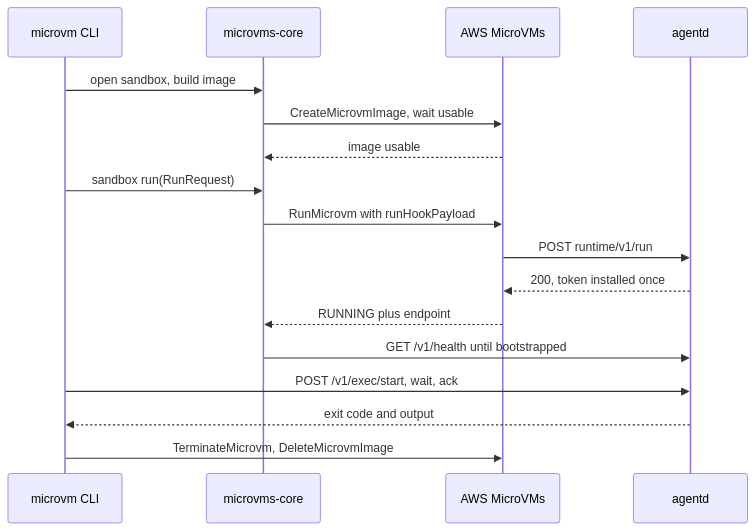
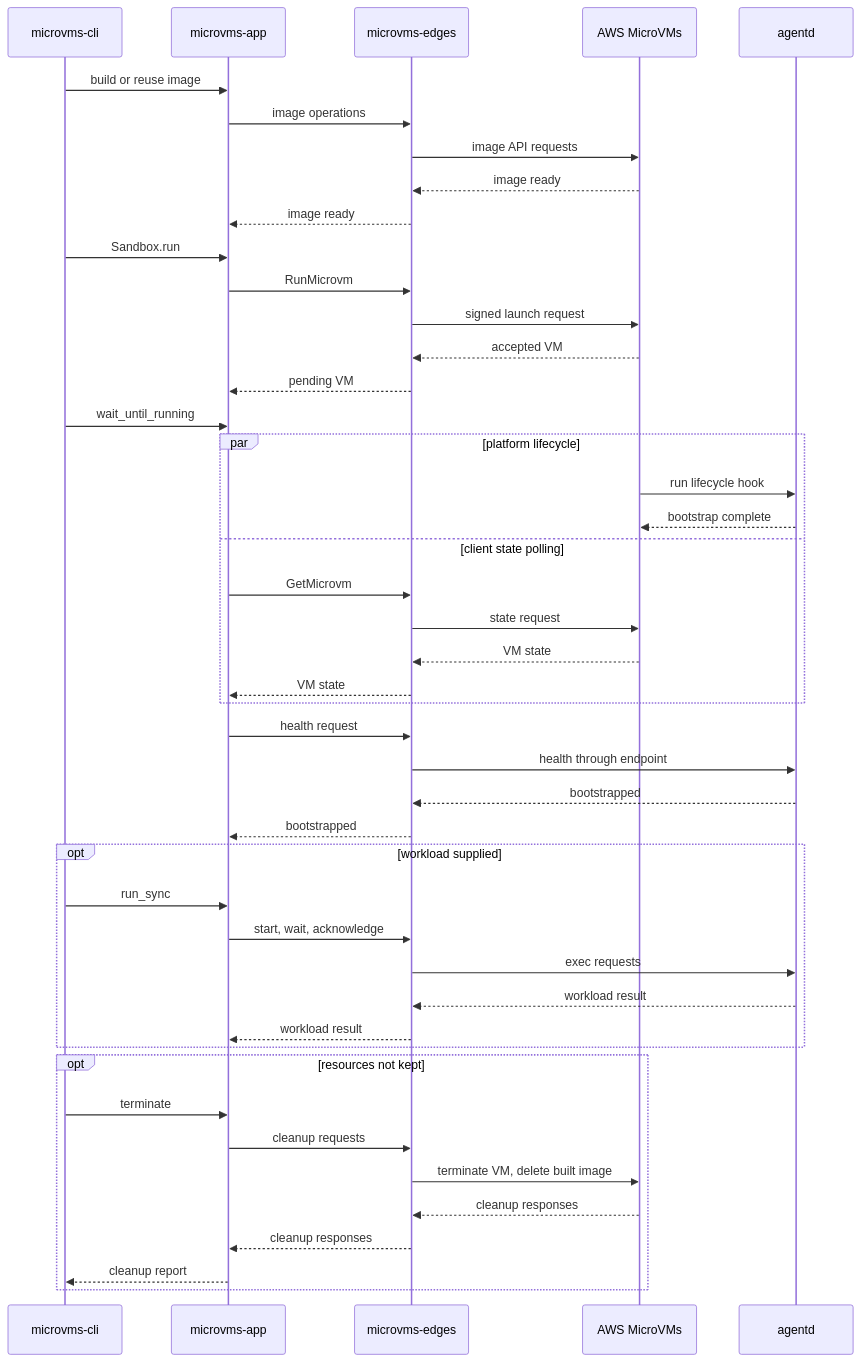
The first of 3 diagrams in docs/architecture/data-flow.md (laithalsaadoon/microvms-agentd), drawn with Mermaid before and after one commit. The commit also changed other lines of this file and 19 other files, not shown here.

````diff
--- a/docs/architecture/data-flow.md
+++ b/docs/architecture/data-flow.md
@@ -62,19 +14,47 @@
 ```mermaid
 sequenceDiagram
-    participant CLI as microvm CLI
-    participant Core as microvms-core
+    participant CLI as microvms-cli
+    participant App as microvms-app
+    participant Edges as microvms-edges
     participant AWS as AWS MicroVMs
     participant Daemon as agentd
-    CLI->>Core: open sandbox, build image
-    Core->>AWS: CreateMicrovmImage, wait usable
-    AWS-->>Core: image usable
-    CLI->>Core: sandbox run(RunRequest)
-    Core->>AWS: RunMicrovm with runHookPayload
-    AWS->>Daemon: POST runtime/v1/run
-    Daemon-->>AWS: 200, token installed once
-    AWS-->>Core: RUNNING plus endpoint
-    Core->>Daemon: GET /v1/health until bootstrapped
-    CLI->>Daemon: POST /v1/exec/start, wait, ack
-    Daemon-->>CLI: exit code and output
-    CLI->>AWS: TerminateMicrovm, DeleteMicrovmImage
+    CLI->>App: build or reuse image
+    App->>Edges: image operations
+    Edges->>AWS: image API requests
+    AWS-->>Edges: image ready
+    Edges-->>App: image ready
+    CLI->>App: Sandbox.run
+    App->>Edges: RunMicrovm
+    Edges->>AWS: signed launch request
+    AWS-->>Edges: accepted VM
+    Edges-->>App: pending VM
+    CLI->>App: wait_until_running
+    par platform lifecycle
+        AWS->>Daemon: run lifecycle hook
+        Daemon-->>AWS: bootstrap complete
+    and client state polling
+        App->>Edges: GetMicrovm
+        Edges->>AWS: state request
+        AWS-->>Edges: VM state
+        Edges-->>App: VM state
+    end
+    App->>Edges: health request
+    Edges->>Daemon: health through endpoint
+    Daemon-->>Edges: bootstrapped
+    Edges-->>App: bootstrapped
+    opt workload supplied
+        CLI->>App: run_sync
+        App->>Edges: start, wait, acknowledge
+        Edges->>Daemon: exec requests
+        Daemon-->>Edges: workload result
+        Edges-->>App: workload result
+    end
+    opt resources not kept
+        CLI->>App: terminate
+        App->>Edges: cleanup requests
+        Edges->>AWS: terminate VM, delete built image
+        AWS-->>Edges: cleanup responses
+        Edges-->>App: cleanup responses
+        App-->>CLI: cleanup report
+    end
 ```
````
